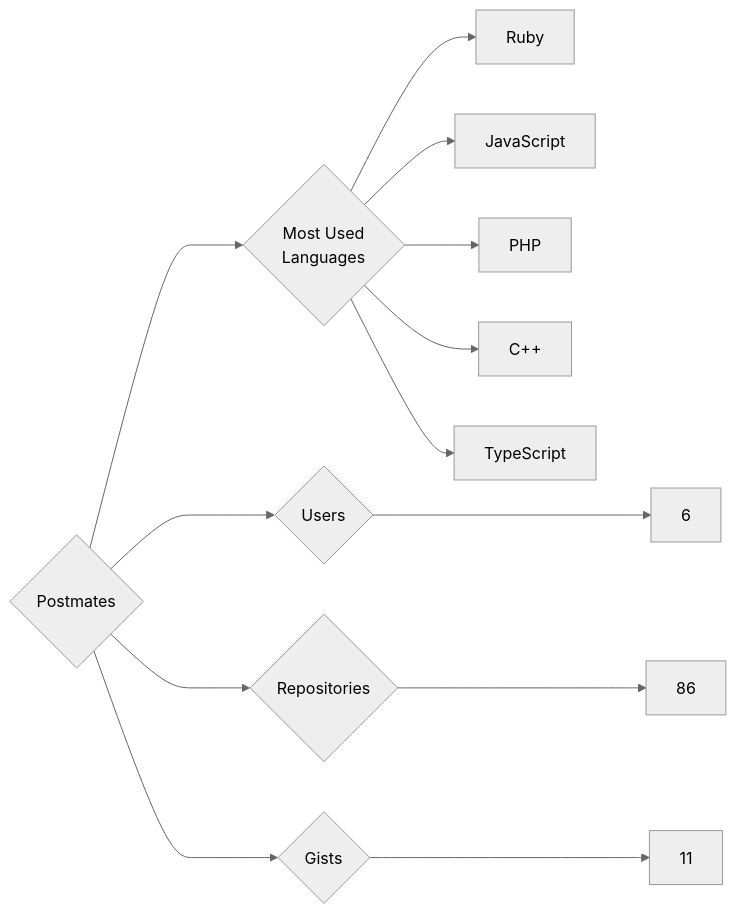
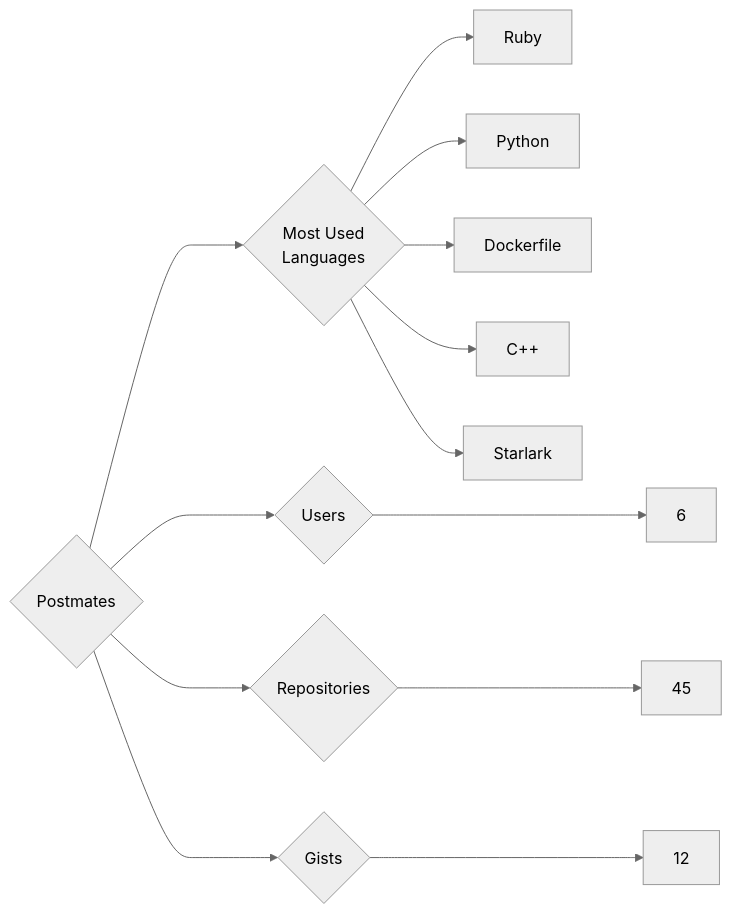
The diagram in targets/Postmates/README.md (trickest/insiders), drawn with Mermaid (neutral theme) before and after one commit. The commit also changed 976 other files, not shown here.

````diff
--- a/targets/Postmates/README.md
+++ b/targets/Postmates/README.md
@@ -3,13 +3,13 @@
 ```mermaid
 graph LR
 COMPANY_NAME{Postmates}
 COMPANY_NAME ---> U{Users} ---> UN[6]
-COMPANY_NAME ---> R{Repositories} ---> RN[86]
-COMPANY_NAME ---> G{Gists} ---> GN[11]
+COMPANY_NAME ---> R{Repositories} ---> RN[45]
+COMPANY_NAME ---> G{Gists} ---> GN[12]
 COMPANY_NAME ---> ML{Most Used<br>Languages}
 ML --> Ruby[Ruby]
-ML --> JavaScript[JavaScript]
-ML --> PHP[PHP]
+ML --> Python[Python]
+ML --> Dockerfile[Dockerfile]
 ML --> C++[C++]
-ML --> TypeScript[TypeScript]
+ML --> Starlark[Starlark]
 ```
````
